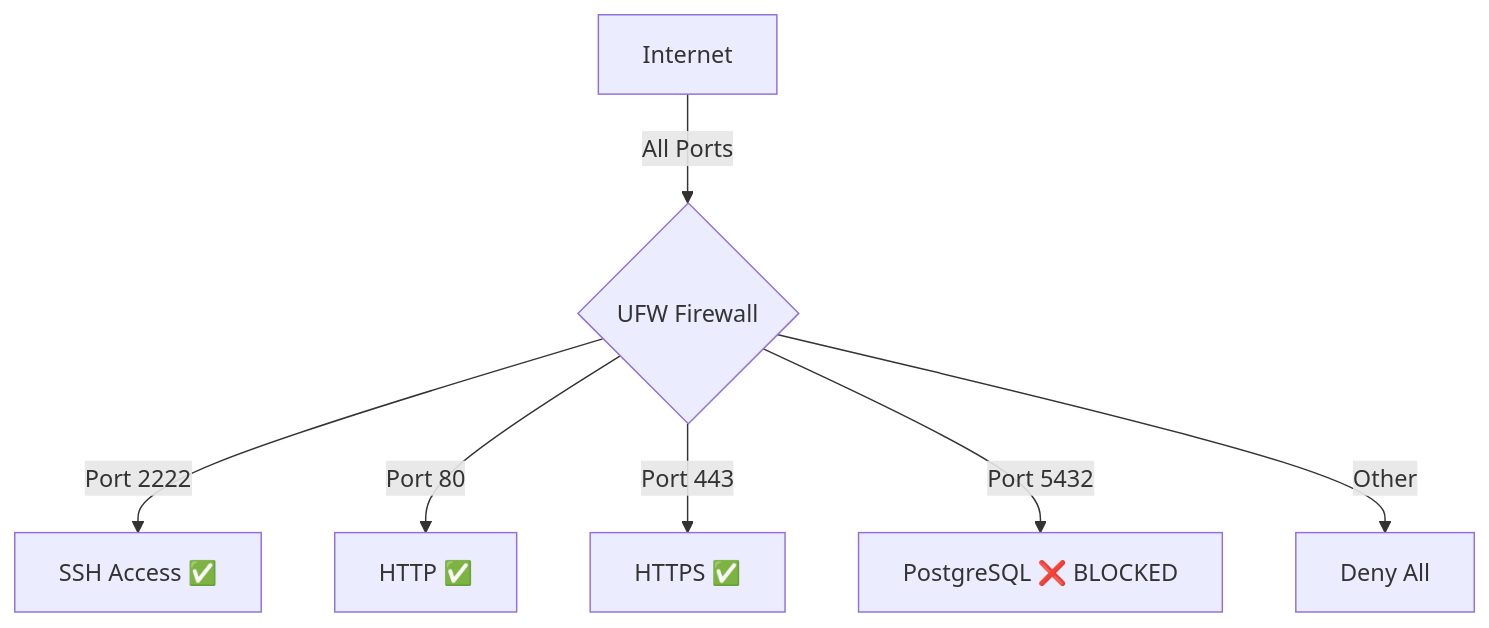
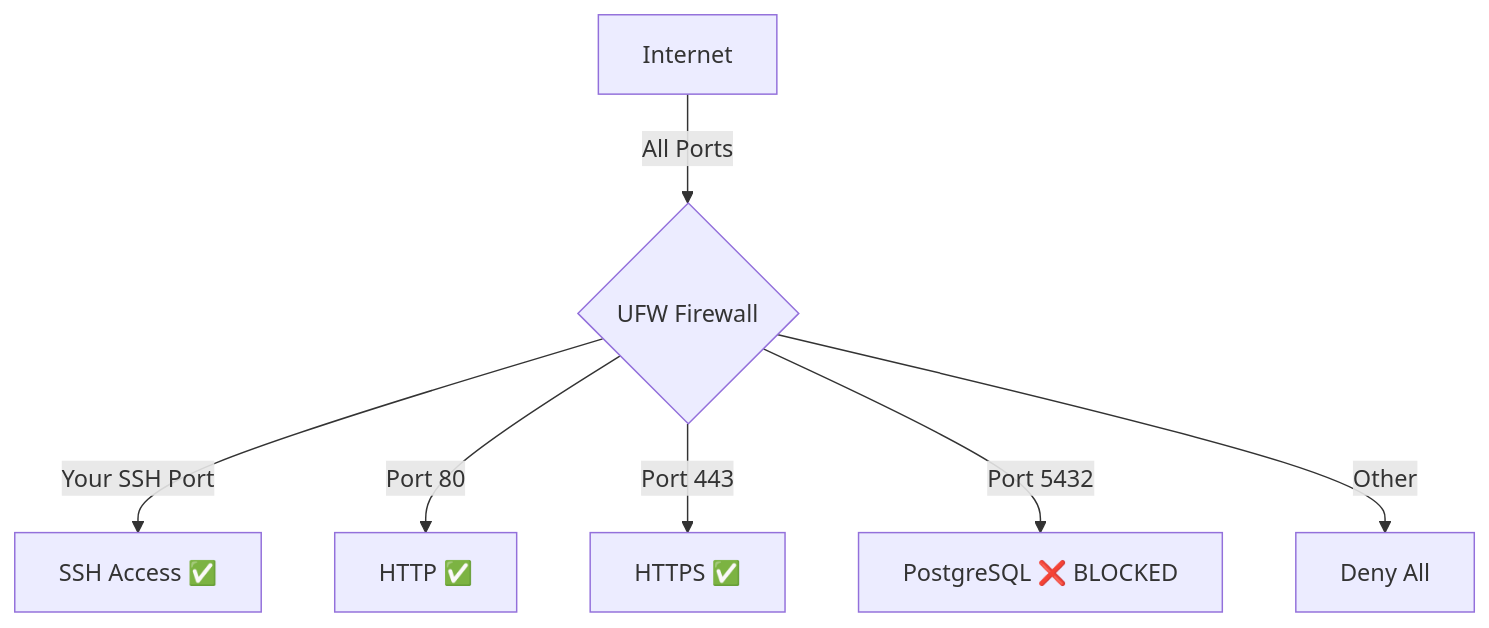
One commit to fanani-radian/openclaw-sumopod changed the seventh of 10 diagrams in docs/use-cases/vps-multi-app-migration.md. Above: the diagram before and after it, drawn with Mermaid. The commit also changed other lines of this file and 1 other file, not shown here.

````diff
--- a/docs/use-cases/vps-multi-app-migration.md
+++ b/docs/use-cases/vps-multi-app-migration.md
@@ -231,9 +231,9 @@
 ```mermaid
 flowchart TD
     A[Internet] -->|All Ports| F{UFW Firewall}
-    F -->|Port 2222| SSH[SSH Access ✅]
+    F -->|Your SSH Port| SSH[SSH Access ✅]
     F -->|Port 80| HTTP[HTTP ✅]
     F -->|Port 443| HTTPS[HTTPS ✅]
     F -->|Port 5432| DB[PostgreSQL ❌ BLOCKED]
     F -->|Other| DENY[Deny All]
 ```
````
